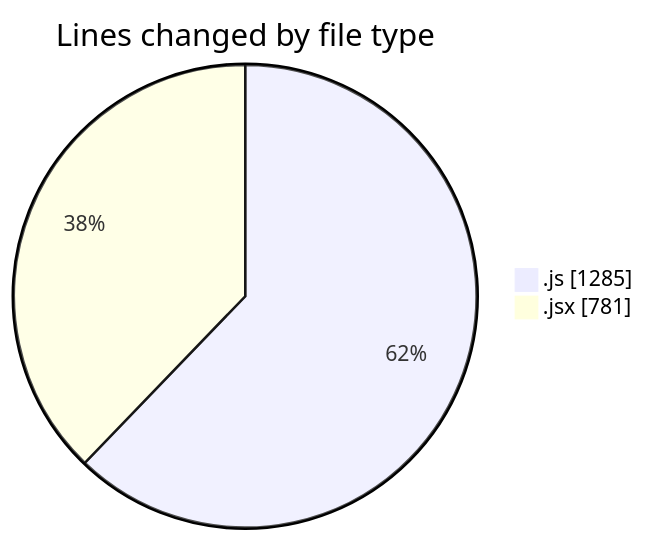
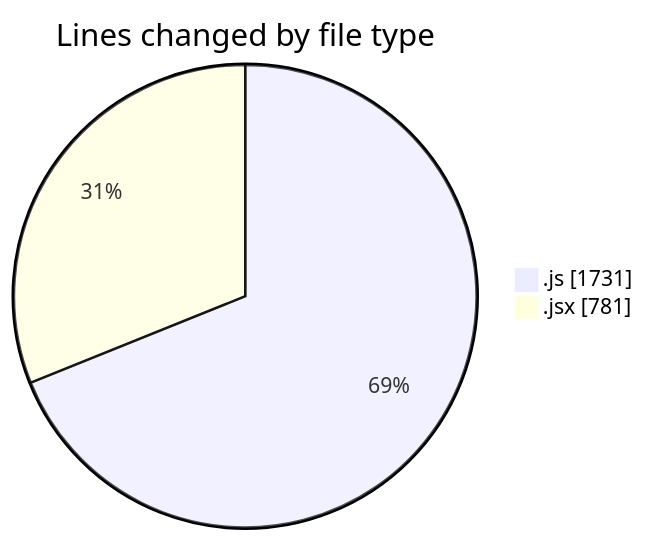
Before and after one commit to nxtqubesakshisongat/code-tracking: the first of 2 diagrams in 2025-09-11/nxtqube_webapp/README.md, drawn with Mermaid. The commit also changed other lines of this file and 1 other file, not shown here.

````diff
--- a/2025-09-11/nxtqube_webapp/README.md
+++ b/2025-09-11/nxtqube_webapp/README.md
@@ -21,6 +21,6 @@
 ```mermaid
 pie showData
 title Lines changed by file type
-".js" : 1285
+".js" : 1731
 ".jsx" : 781
 ```
````
